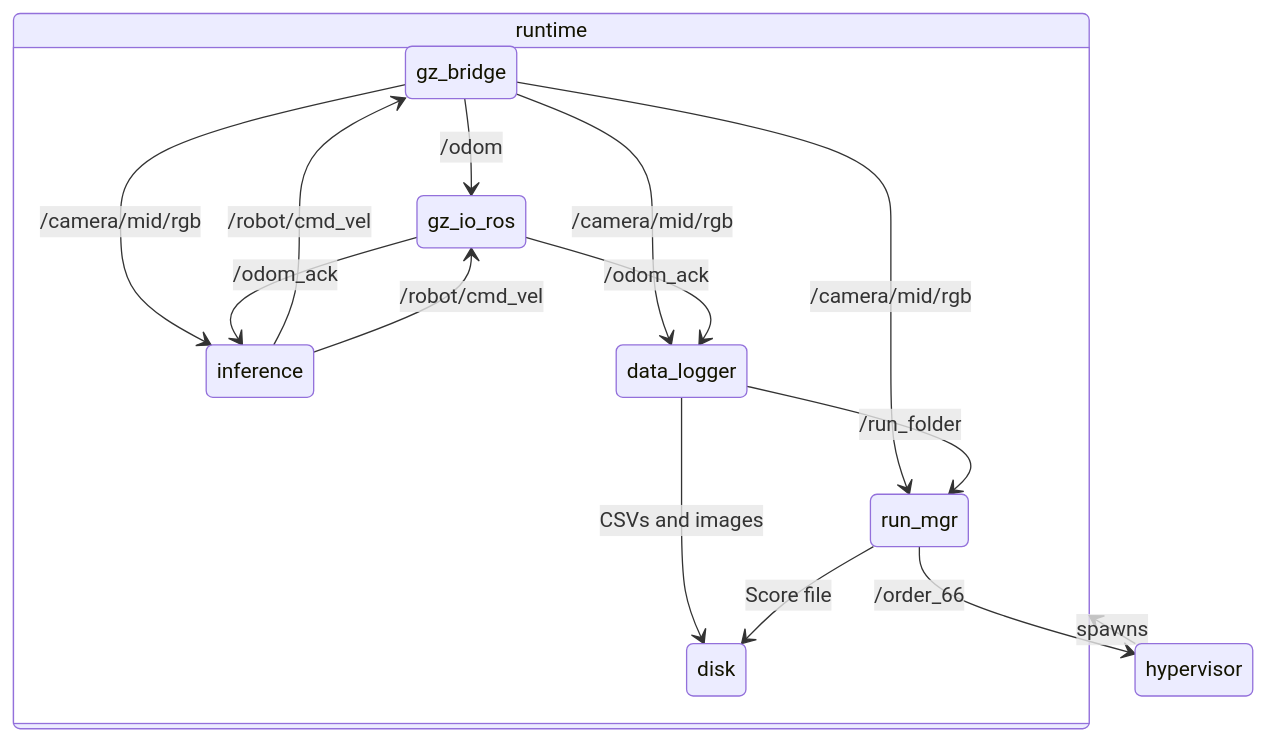
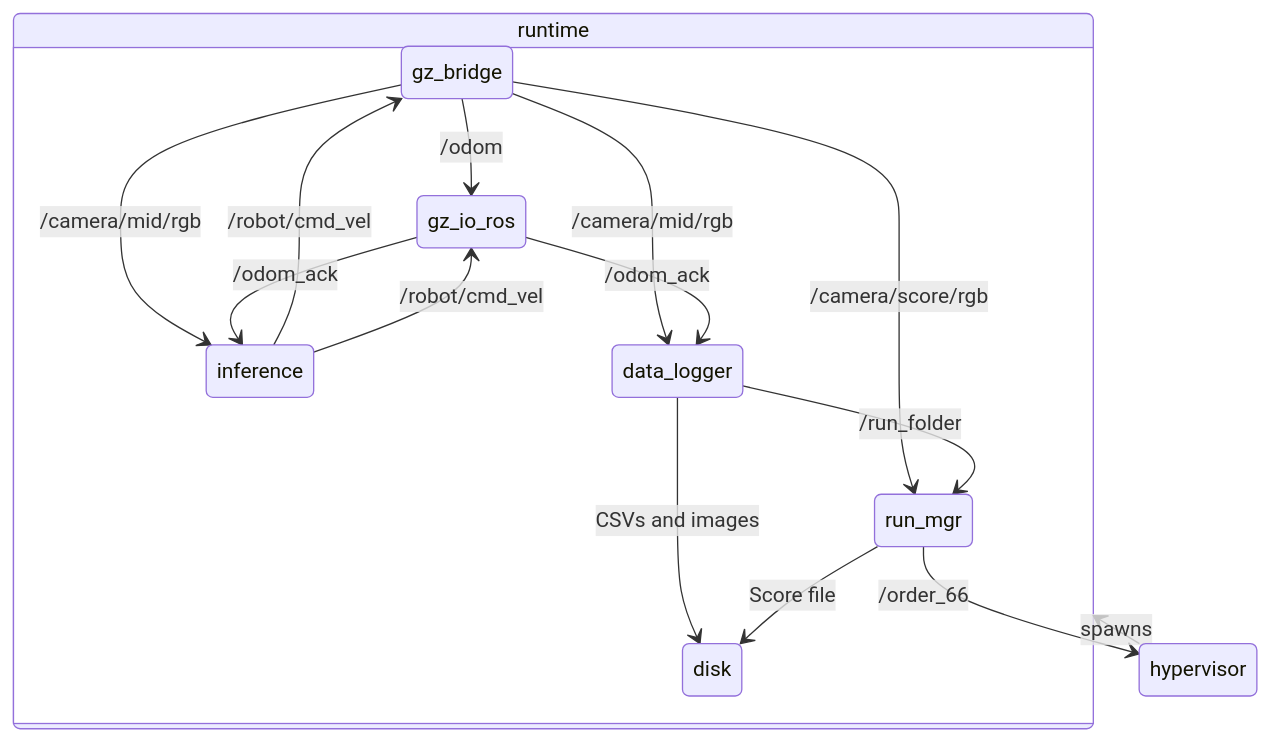
One commit to ISC-Project-Phoenix/design changed the first of 2 diagrams in software/ros/phoenix_training.md. Above: the diagram before and after it, drawn with Mermaid.

Commit message:
Fix camera name

````diff
--- a/software/ros/phoenix_training.md
+++ b/software/ros/phoenix_training.md
@@ -24,24 +24,24 @@
 ```mermaid
 stateDiagram-v2
 
     run_mgr --> hypervisor: /order_66
     hypervisor --> runtime: spawns
 
     state runtime {
         gz_bridge --> gz_io_ros: /odom
-        gz_bridge --> run_mgr: /camera/mid/rgb
+        gz_bridge --> run_mgr: /camera/score/rgb
         gz_bridge --> inference: /camera/mid/rgb
         gz_bridge --> data_logger: /camera/mid/rgb
 
         gz_io_ros --> inference: /odom_ack
         gz_io_ros --> data_logger: /odom_ack
         
         data_logger --> disk: CSVs and images
         data_logger --> run_mgr: /run_folder
 
         inference --> gz_bridge: /robot/cmd_vel
         inference --> gz_io_ros: /robot/cmd_vel
 
         run_mgr --> disk: Score file
     }
 ```
````
